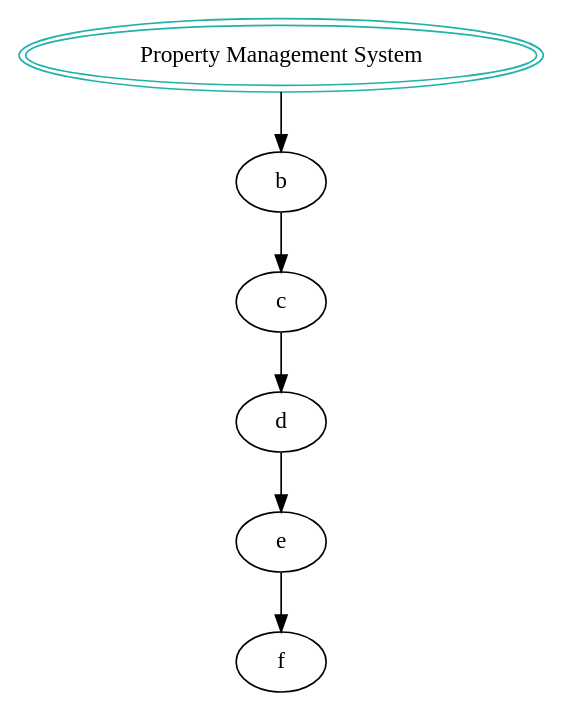
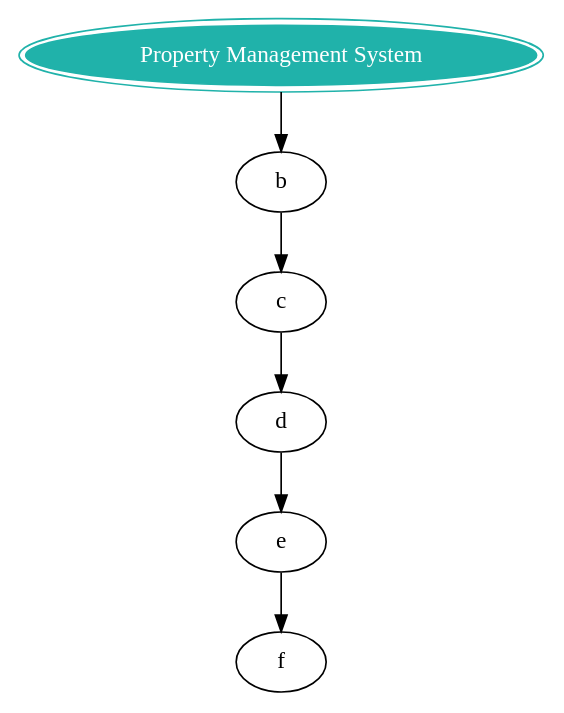
Before and after one commit to IIITM-Jay/Property-Management-System-Docs: the diagram in docs/source/flowSequence.rst, drawn with Graphviz.

```diff
--- a/docs/source/flowSequence.rst
+++ b/docs/source/flowSequence.rst
@@ -5,7 +5,7 @@
 .. graphviz::
    :align: center
 
    digraph {
       a->b->c->d->e->f;
-      a [shap=ellipse, peripheries=2,color= lightseagreen, label="Property Management System"];
+      a [shap=ellipse, peripheries=2,color= lightseagreen, label="Property Management System", style=filled, fontcolor=white];
    }
```
